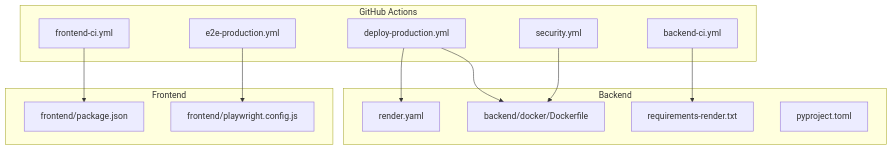
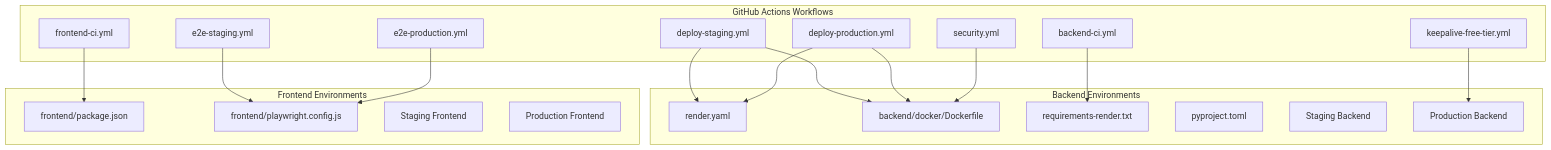
Before and after one commit to rohitkumarnaidu/-Auto-AI-Automated-Academic-Docx-Manuscript-Formatter: the first of 9 diagrams in .qoder/repowiki/en/content/Deployment & Operations/CI_CD Pipeline.md, drawn with Mermaid. The commit also changed other lines of this file and 6 other files, not shown here.

````diff
--- a/.qoder/repowiki/en/content/Deployment & Operations/CI_CD Pipeline.md
+++ b/.qoder/repowiki/en/content/Deployment & Operations/CI_CD Pipeline.md
@@ -58,26 +65,37 @@
 ```mermaid
 graph TB
-subgraph "GitHub Actions"
+subgraph "GitHub Actions Workflows"
 BC["backend-ci.yml"]
 FC["frontend-ci.yml"]
+DS["deploy-staging.yml"]
+DE["deploy-production.yml"]
+ES["e2e-staging.yml"]
+EP["e2e-production.yml"]
 SEC["security.yml"]
-DP["deploy-production.yml"]
-EP["e2e-production.yml"]
+KA["keepalive-free-tier.yml"]
 end
-subgraph "Backend"
+subgraph "Backend Environments"
 RY["render.yaml"]
 DK["backend/docker/Dockerfile"]
 RR["requirements-render.txt"]
 PY["pyproject.toml"]
+STAGE_BE["Staging Backend"]
+PROD_BE["Production Backend"]
 end
-subgraph "Frontend"
+subgraph "Frontend Environments"
 PJ["frontend/package.json"]
 PW["frontend/playwright.config.js"]
+STAGE_FE["Staging Frontend"]
+PROD_FE["Production Frontend"]
 end
 BC --> RR
 FC --> PJ
-DP --> RY
-DP --> DK
+DS --> RY
+DS --> DK
+DE --> RY
+DE --> DK
+ES --> PW
 EP --> PW
 SEC --> DK
+KA --> PROD_BE
 ```
````
